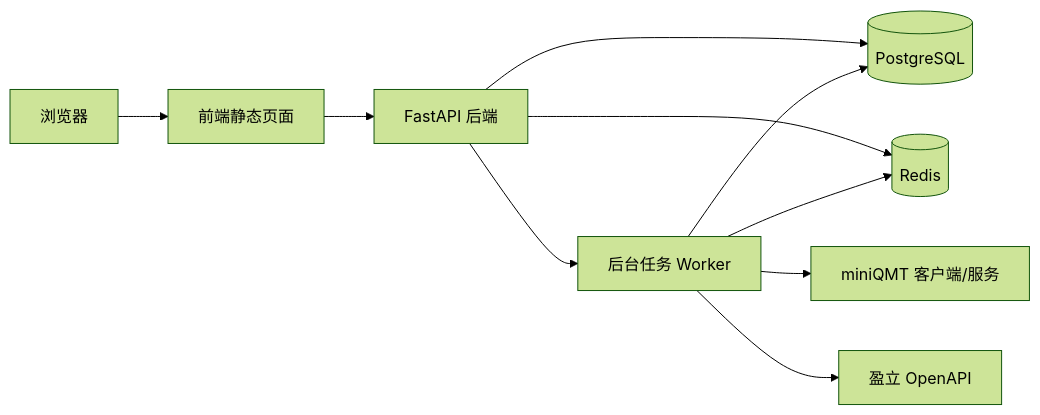
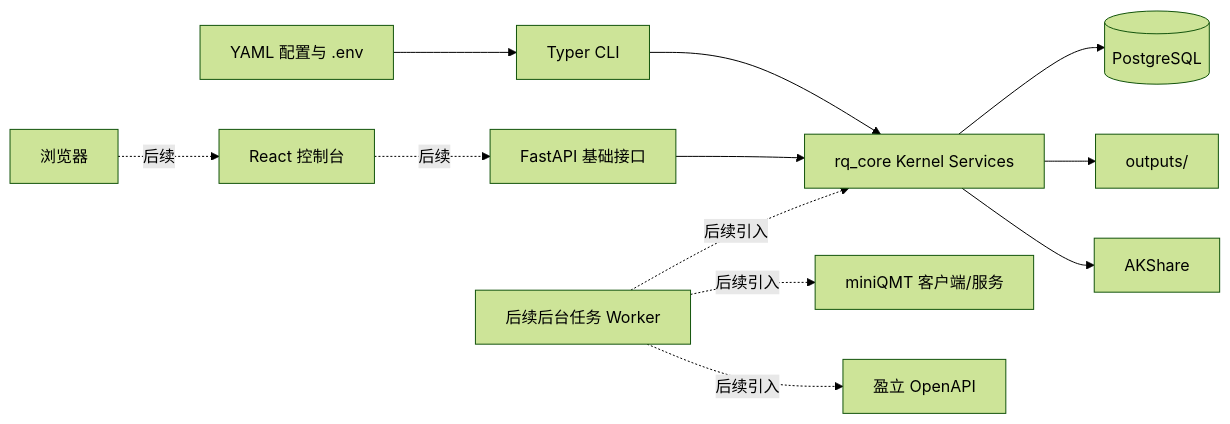
One commit to lyty1997/Augur_Maestro changed the eighth of 8 diagrams in docs/01-architecture.md. Above: the diagram before and after it, drawn with Mermaid (forest theme). The commit also changed other lines of this file and 11 other files, not shown here.

````diff
--- a/docs/01-architecture.md
+++ b/docs/01-architecture.md
@@ -539,12 +659,14 @@
 ```mermaid
 flowchart LR
-    Browser[浏览器] --> Web[前端静态页面]
-    Web --> Backend[FastAPI 后端]
-    Backend --> Postgres[(PostgreSQL)]
-    Backend --> Redis[(Redis)]
-    Backend --> Worker[后台任务 Worker]
-    Worker --> Postgres
-    Worker --> Redis
-    Worker --> QMT[miniQMT 客户端/服务]
-    Worker --> YingLi[盈立 OpenAPI]
+    CLI[Typer CLI] --> Services[rq_core Kernel Services]
+    API[FastAPI 基础接口] --> Services
+    Config[YAML 配置与 .env] --> CLI
+    Services --> Postgres[(PostgreSQL)]
+    Services --> Outputs[outputs/]
+    Services --> AKShare[AKShare]
+    Browser[浏览器] -.后续.-> Web[React 控制台]
+    Web -.后续.-> API
+    FutureWorker[后续后台任务 Worker] -.后续引入.-> Services
+    FutureWorker -.后续引入.-> QMT[miniQMT 客户端/服务]
+    FutureWorker -.后续引入.-> YingLi[盈立 OpenAPI]
 ```
````
